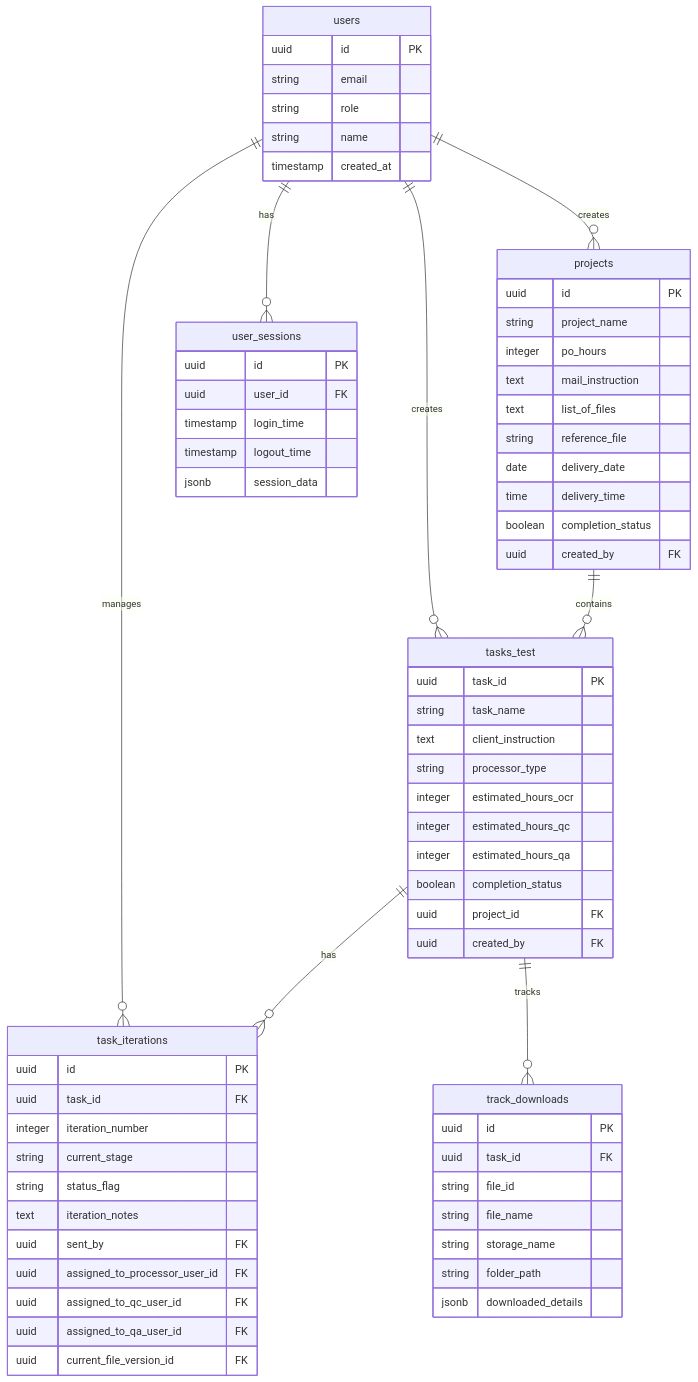
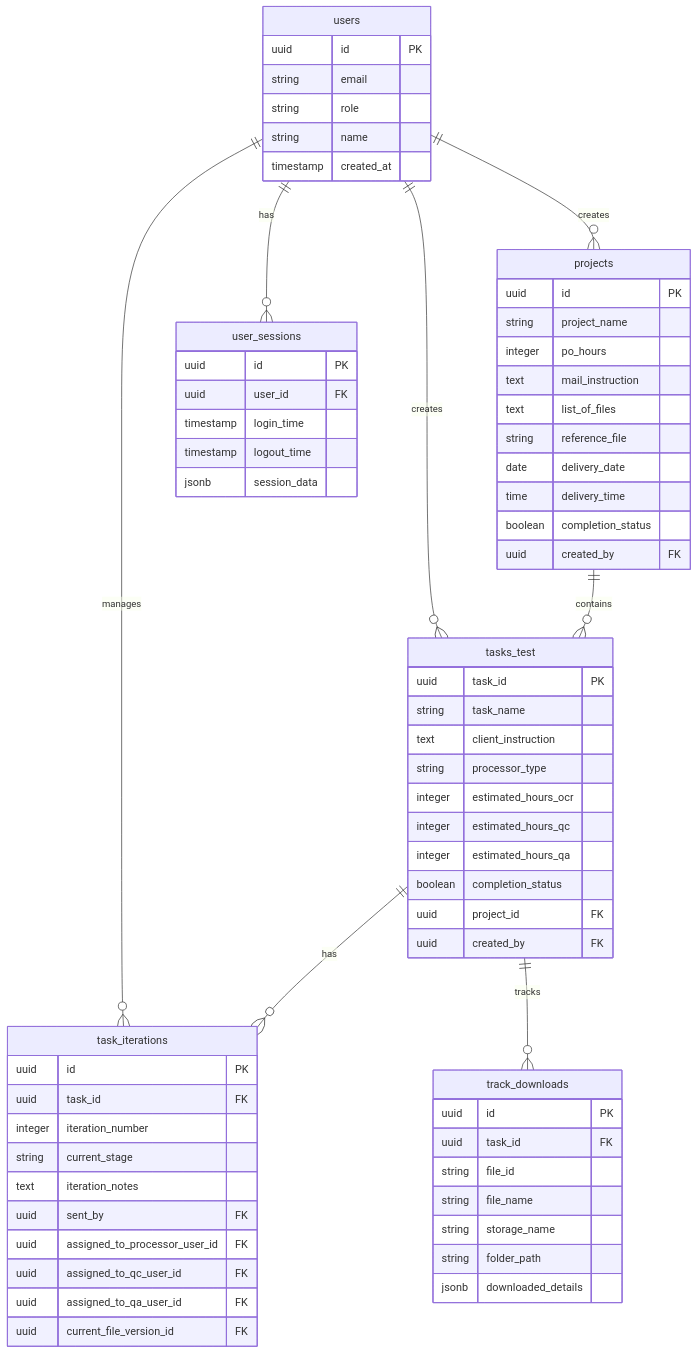
Before and after one commit to daksh3003/infospheresb2k: the fourth of 8 diagrams in ARCHITECTURE_DIAGRAM.md, drawn with Mermaid. The commit also changed other lines of this file and 4 other files, not shown here.

````diff
--- a/ARCHITECTURE_DIAGRAM.md
+++ b/ARCHITECTURE_DIAGRAM.md
@@ -130,76 +130,75 @@
 ```mermaid
 erDiagram
     users {
         uuid id PK
         string email
         string role
         string name
         timestamp created_at
     }
 
     projects {
         uuid id PK
         string project_name
         integer po_hours
         text mail_instruction
         text list_of_files
         string reference_file
         date delivery_date
         time delivery_time
         boolean completion_status
         uuid created_by FK
     }
 
     tasks_test {
         uuid task_id PK
         string task_name
         text client_instruction
         string processor_type
         integer estimated_hours_ocr
         integer estimated_hours_qc
         integer estimated_hours_qa
         boolean completion_status
         uuid project_id FK
         uuid created_by FK
     }
 
     task_iterations {
         uuid id PK
         uuid task_id FK
         integer iteration_number
         string current_stage
-        string status_flag
         text iteration_notes
         uuid sent_by FK
         uuid assigned_to_processor_user_id FK
         uuid assigned_to_qc_user_id FK
         uuid assigned_to_qa_user_id FK
         uuid current_file_version_id FK
     }
 
     track_downloads {
         uuid id PK
         uuid task_id FK
         string file_id
         string file_name
         string storage_name
         string folder_path
         jsonb downloaded_details
     }
 
     user_sessions {
         uuid id PK
         uuid user_id FK
         timestamp login_time
         timestamp logout_time
         jsonb session_data
     }
 
     users ||--o{ projects : creates
     users ||--o{ tasks_test : creates
     users ||--o{ task_iterations : manages
     users ||--o{ user_sessions : has
     projects ||--o{ tasks_test : contains
     tasks_test ||--o{ task_iterations : has
     tasks_test ||--o{ track_downloads : tracks
 ```
````
